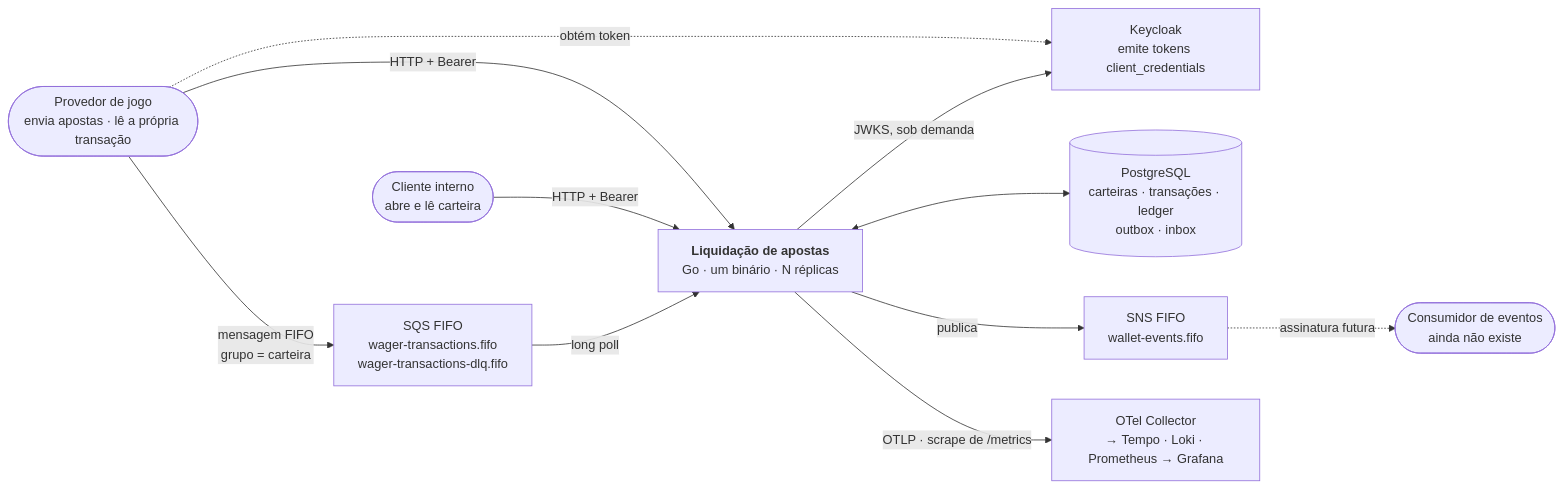
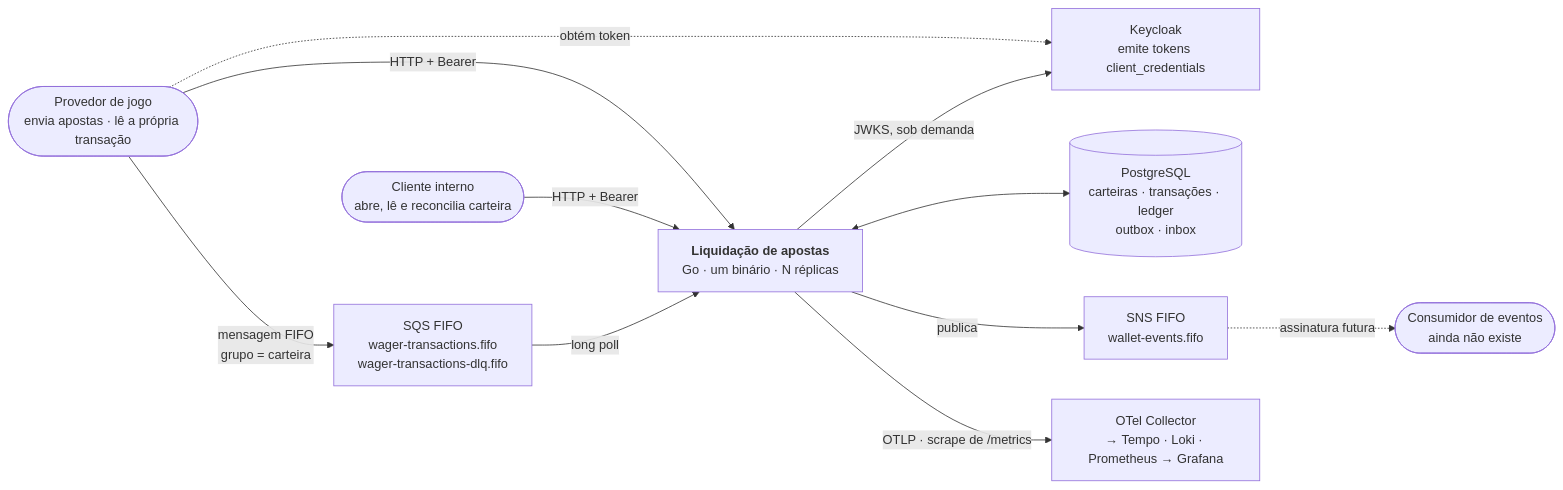
One commit to cassiusbessa/backend-challenge-go changed the first of 3 diagrams in docs/01-contexto.md. Above: the diagram before and after it, drawn with Mermaid. The commit also changed other lines of this file and 5 other files, not shown here.

````diff
--- a/docs/01-contexto.md
+++ b/docs/01-contexto.md
@@ -7,25 +7,25 @@
 ```mermaid
 flowchart LR
     provider(["Provedor de jogo<br/>envia apostas · lê a própria transação"])
-    internal(["Cliente interno<br/>abre e lê carteira"])
+    internal(["Cliente interno<br/>abre, lê e reconcilia carteira"])
     consumer(["Consumidor de eventos<br/>ainda não existe"])
 
     system["<b>Liquidação de apostas</b><br/>Go · um binário · N réplicas"]
 
     keycloak["Keycloak<br/>emite tokens client_credentials"]
     pg[("PostgreSQL<br/>carteiras · transações · ledger<br/>outbox · inbox")]
     sqs["SQS FIFO<br/>wager-transactions.fifo<br/>wager-transactions-dlq.fifo"]
     sns["SNS FIFO<br/>wallet-events.fifo"]
     otel["OTel Collector<br/>→ Tempo · Loki · Prometheus → Grafana"]
 
     provider -- "HTTP + Bearer" --> system
     internal -- "HTTP + Bearer" --> system
     provider -- "mensagem FIFO<br/>grupo = carteira" --> sqs
     sqs -- "long poll" --> system
     provider -. "obtém token" .-> keycloak
     system -- "JWKS, sob demanda" --> keycloak
     system <--> pg
     system -- "publica" --> sns
     sns -. "assinatura futura" .-> consumer
     system -- "OTLP · scrape de /metrics" --> otel
 ```
````
